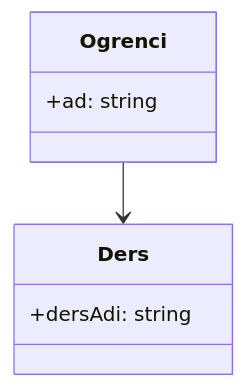
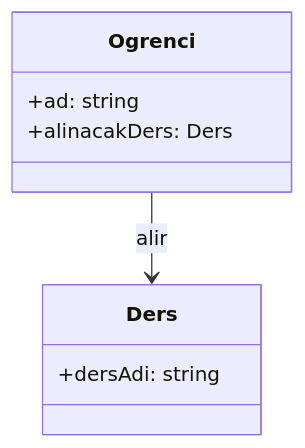
Before and after one commit to ibrahimayaz/Nesne-Yonelimli-Programlama-2025: the seventh of 9 diagrams in Hafta03/README.md, drawn with Mermaid. The commit also changed other lines of this file and 1 other file, not shown here.

Commit message:
Ders dokumanlari guncellendi

````diff
--- a/Hafta03/README.md
+++ b/Hafta03/README.md
@@ -254,12 +255,13 @@
 ```mermaid
 classDiagram
     class Ogrenci {
         +ad: string
+        +alinacakDers: Ders
     }
 
     class Ders {
         +dersAdi: string
     }
 
-    Ogrenci --> Ders
+    Ogrenci --> Ders : alir
 ```
````
